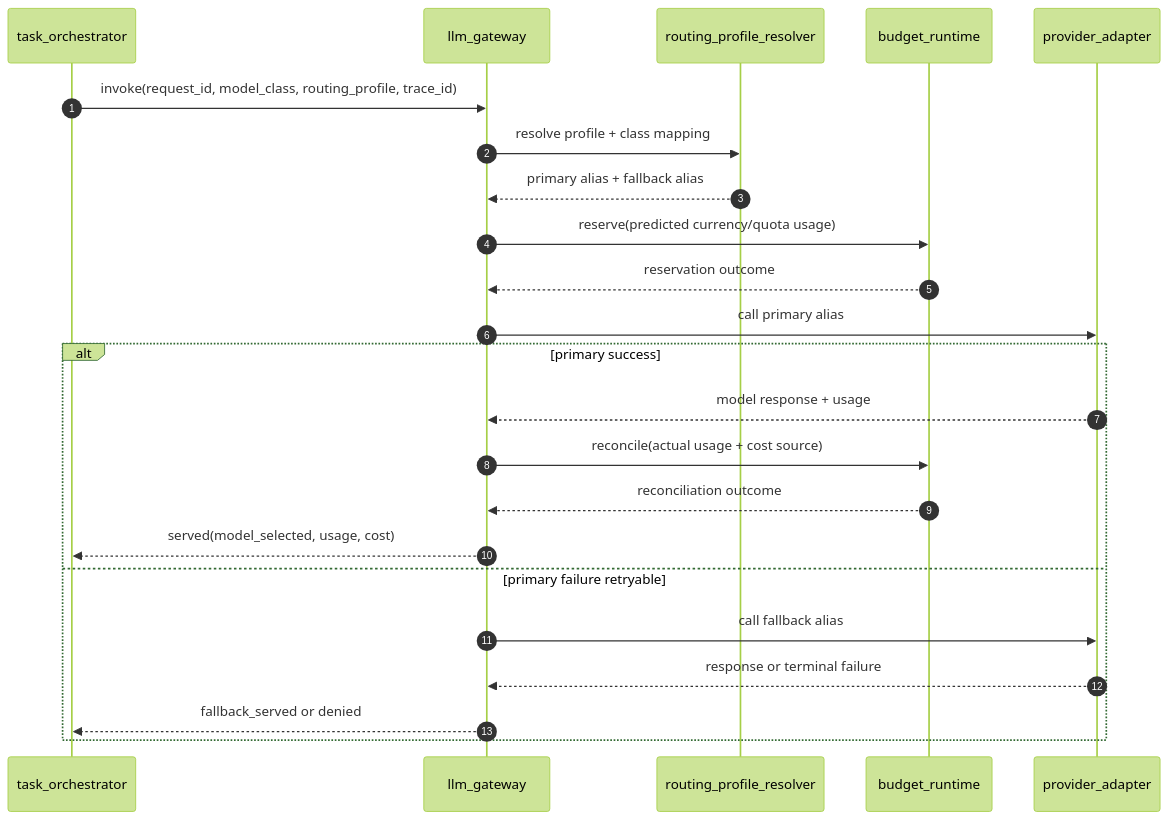
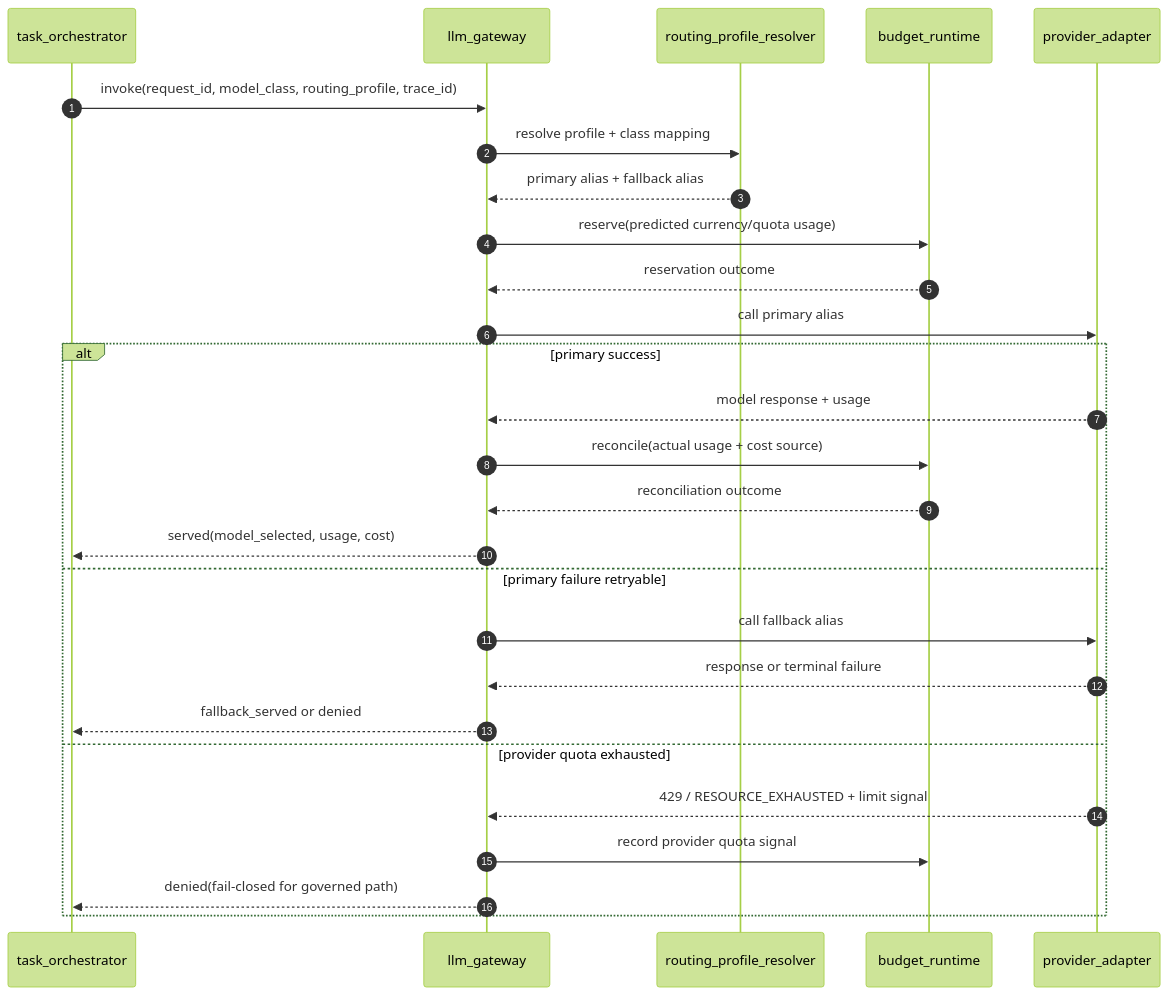
The diagram in design/v1/components/LlmGatewayComponentDesign-v1.md (deyiwang27/OpenQilin), drawn with Mermaid (forest theme) before and after one commit. The commit also changed other lines of this file and 2 other files, not shown here.

````diff
--- a/design/v1/components/LlmGatewayComponentDesign-v1.md
+++ b/design/v1/components/LlmGatewayComponentDesign-v1.md
@@ -70,27 +72,31 @@
 ```mermaid
 sequenceDiagram
     autonumber
     participant ORCH as task_orchestrator
     participant GW as llm_gateway
     participant ROUTE as routing_profile_resolver
     participant BUD as budget_runtime
     participant LLM as provider_adapter
 
     ORCH->>GW: invoke(request_id, model_class, routing_profile, trace_id)
     GW->>ROUTE: resolve profile + class mapping
     ROUTE-->>GW: primary alias + fallback alias
     GW->>BUD: reserve(predicted currency/quota usage)
     BUD-->>GW: reservation outcome
     GW->>LLM: call primary alias
 
     alt primary success
         LLM-->>GW: model response + usage
         GW->>BUD: reconcile(actual usage + cost source)
         BUD-->>GW: reconciliation outcome
         GW-->>ORCH: served(model_selected, usage, cost)
     else primary failure retryable
         GW->>LLM: call fallback alias
         LLM-->>GW: response or terminal failure
         GW-->>ORCH: fallback_served or denied
+    else provider quota exhausted
+        LLM-->>GW: 429 / RESOURCE_EXHAUSTED + limit signal
+        GW->>BUD: record provider quota signal
+        GW-->>ORCH: denied(fail-closed for governed path)
     end
 ```
````
